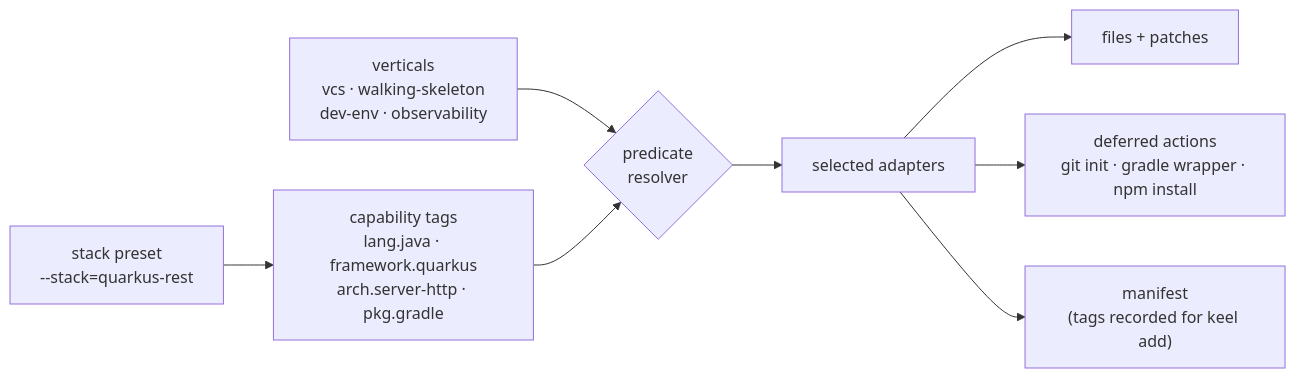
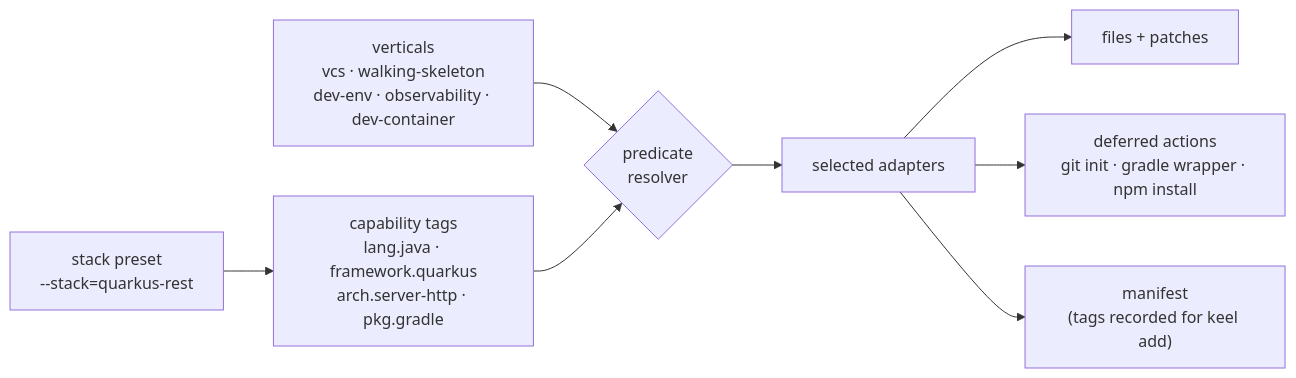
Before and after one commit to rgoussu-dev/Keel: the diagram in README.md, drawn with Mermaid. The commit also changed other lines of this file and 25 other files, not shown here.

First line of the commit message:
feat(dev-container): Dev Container definition on every stack

````diff
--- a/README.md
+++ b/README.md
@@ -257,10 +258,10 @@
 ```mermaid
 flowchart LR
   S["stack preset<br/>--stack=quarkus-rest"] --> T["capability tags<br/>lang.java · framework.quarkus<br/>arch.server-http · pkg.gradle"]
-  V["verticals<br/>vcs · walking-skeleton<br/>dev-env · observability"] --> R
+  V["verticals<br/>vcs · walking-skeleton<br/>dev-env · observability · dev-container"] --> R
   T --> R{"predicate<br/>resolver"}
   R --> A["selected adapters"]
   A --> F["files + patches"]
   A --> D["deferred actions<br/>git init · gradle wrapper · npm install"]
   A --> M["manifest<br/>(tags recorded for keel add)"]
 ```
````
